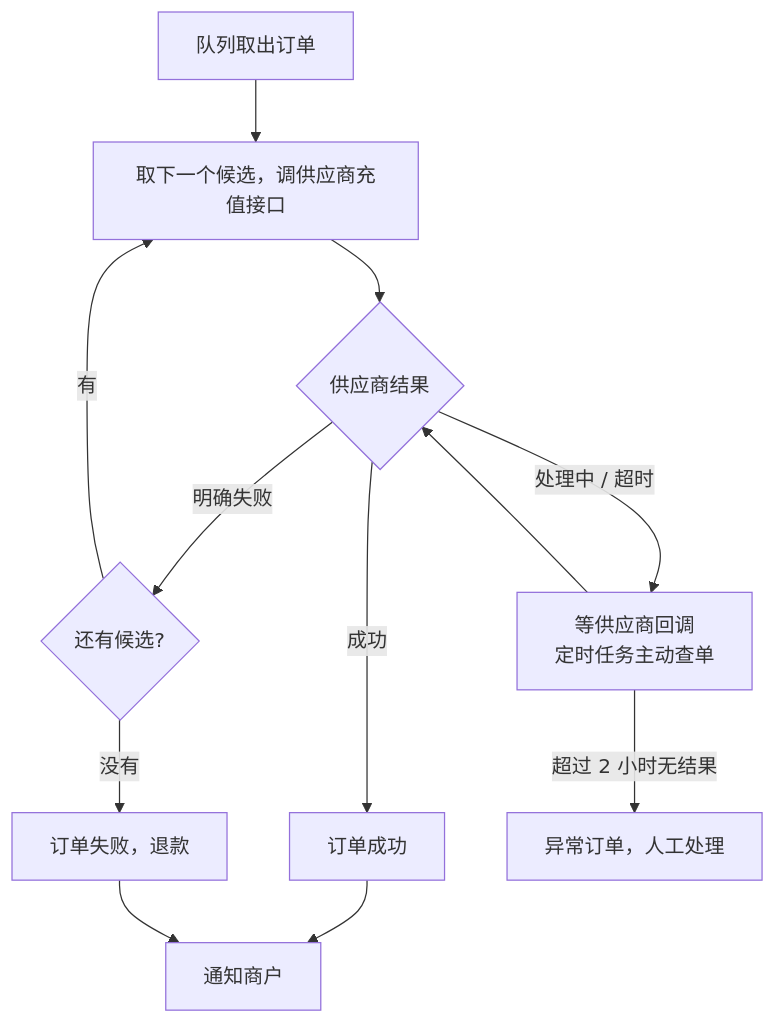
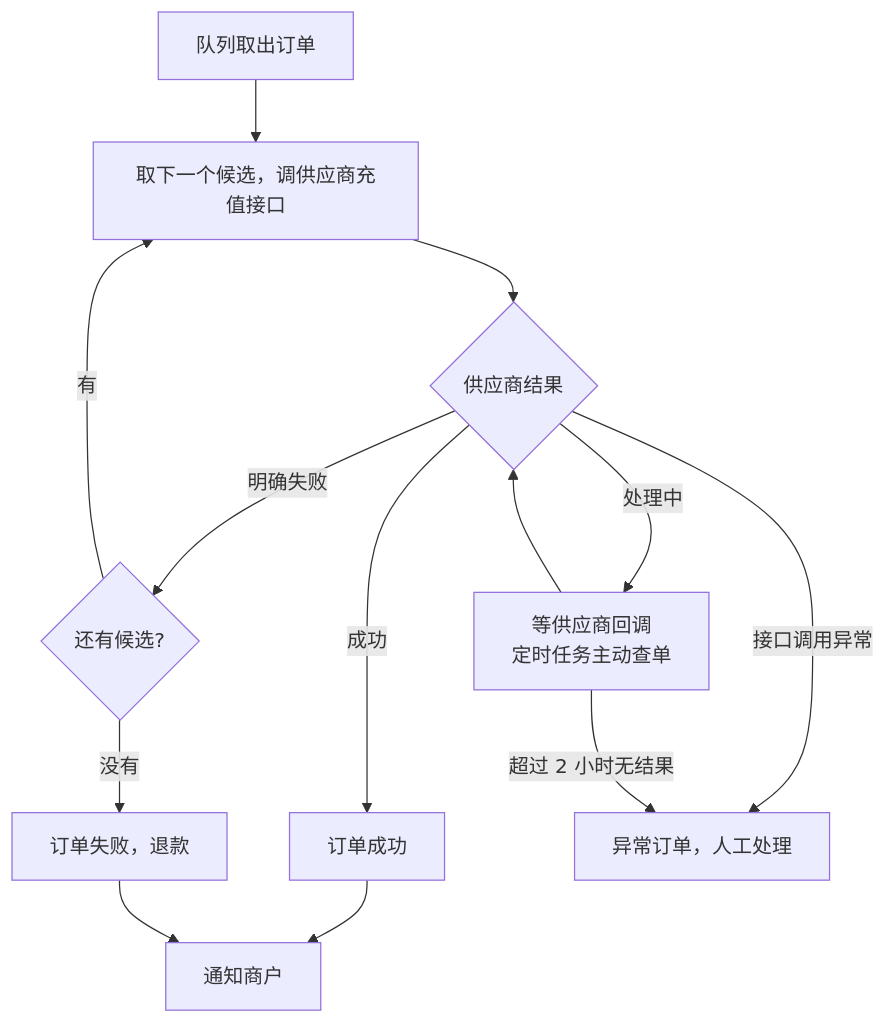
One commit to tankmask0924-ops/phoneBill changed the third of 6 diagrams in docs/project.md. Above: the diagram before and after it, drawn with Mermaid. The commit also changed other lines of this file and 6 other files, not shown here.

````diff
--- a/docs/project.md
+++ b/docs/project.md
@@ -129,14 +130,15 @@
 ```mermaid
 flowchart TD
     Q[队列取出订单] --> H[取下一个候选，调供应商充值接口]
     H --> I{供应商结果}
     I -- 成功 --> S[订单成功]
     I -- 明确失败 --> J{还有候选?}
     J -- 有 --> H
     J -- 没有 --> R[订单失败，退款]
-    I -- 处理中 / 超时 --> K["等供应商回调<br/>定时任务主动查单"]
+    I -- 处理中 --> K["等供应商回调<br/>定时任务主动查单"]
+    I -- 接口调用异常 --> M
     K --> I
     K -- 超过 2 小时无结果 --> M[异常订单，人工处理]
     S --> N[通知商户]
     R --> N
 ```
````
